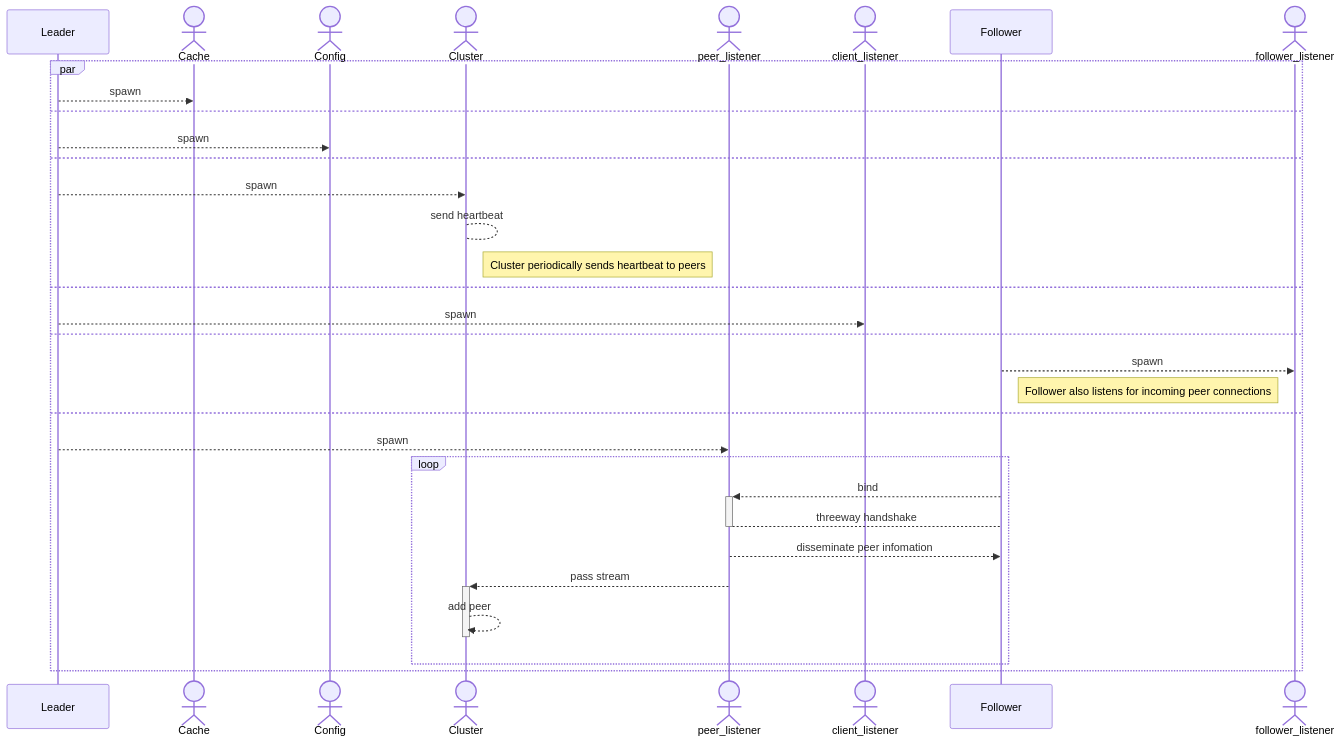
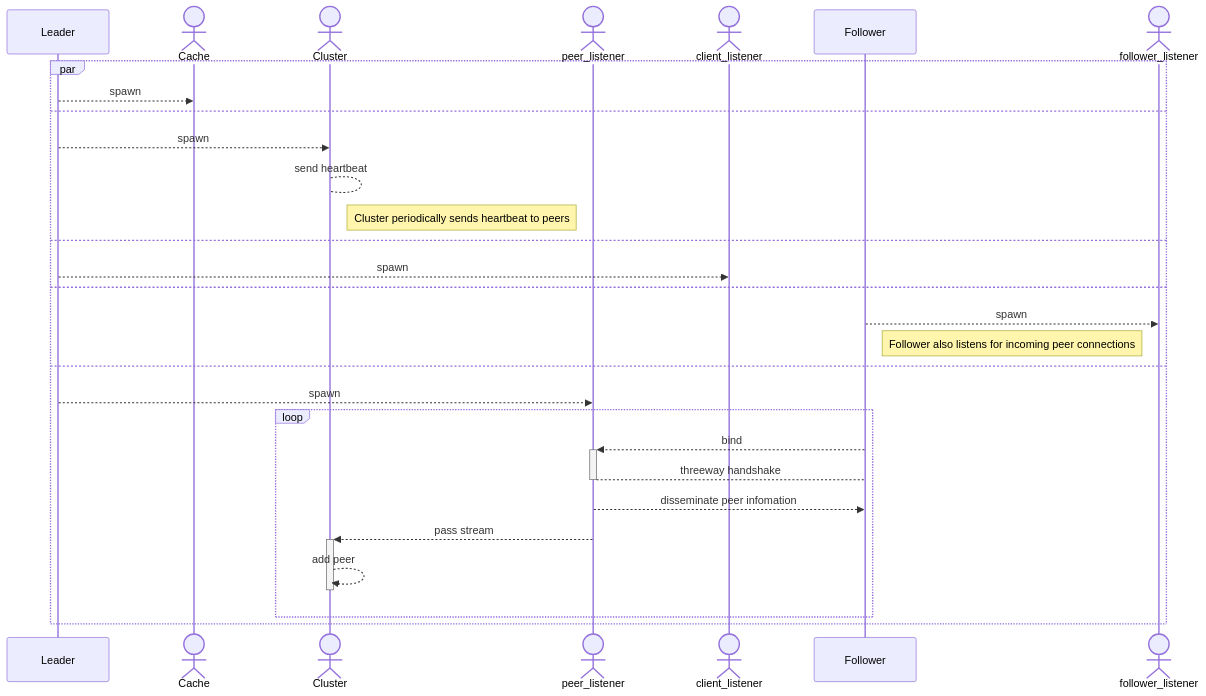
The second of 6 diagrams in README.md (Migorithm/duva), drawn with Mermaid before and after one commit. The commit also changed other lines of this file and 1 other file, not shown here.

````diff
--- a/README.md
+++ b/README.md
@@ -126,41 +128,39 @@
 ```mermaid
 
 sequenceDiagram
     participant s as Leader    
     actor Cache
-    actor Config
     actor Cluster
     actor peer_listener
     
     actor client_listener
     participant Follower
     actor follower_listener
 
     par 
         s-->>Cache: spawn
-    and 
-        s-->>Config: spawn
+        
     and 
         s-->>Cluster: spawn
         Cluster --> Cluster : send heartbeat
         Note right of Cluster : Cluster periodically sends heartbeat to peers 
     and
         s -->>client_listener:spawn
         
     and 
         Follower -->> follower_listener: spawn 
         Note right of Follower : Follower also listens for incoming peer connections
     and 
         s-->>peer_listener: spawn
         loop 
             Follower -->>+ peer_listener: bind 
             peer_listener -->- Follower: threeway handshake
             peer_listener -->> Follower : disseminate peer infomation
             peer_listener -->>+ Cluster : pass stream
             Cluster -->>- Cluster : add peer
         end
         
   
     end
 
 ```
````
